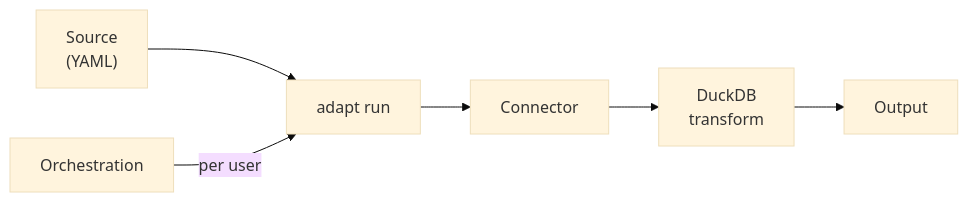
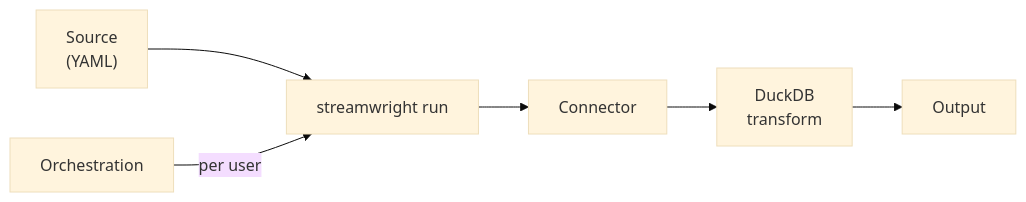
One commit to karthick-jaganathan/ADaPT-ETL changed the diagram in docs/index.md. Above: the diagram before and after it, drawn with Mermaid (base theme). The commit also changed other lines of this file and 274 other files, not shown here.

````diff
--- a/docs/index.md
+++ b/docs/index.md
@@ -35,6 +35,6 @@
 ```mermaid
 flowchart LR
-    Y["Source<br/>(YAML)"] --> R["adapt run"]
+    Y["Source<br/>(YAML)"] --> R["streamwright run"]
     R --> C["Connector"] --> T["DuckDB<br/>transform"] --> O["Output"]
     P["Orchestration"] -->|per user| R
 ```
````
